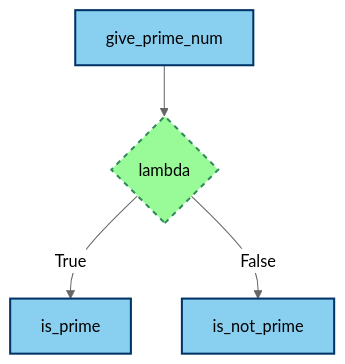
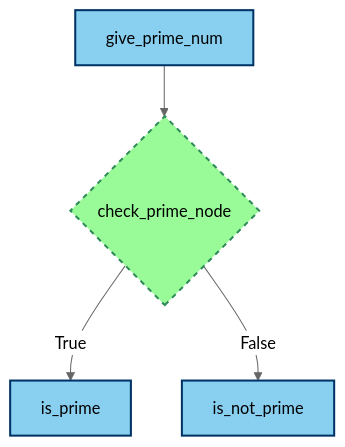
One commit to lf-data/streamgraph changed the second of 3 diagrams in README.md. Above: the diagram before and after it, drawn with Mermaid (neutral theme). The commit also changed other lines of this file and 2 other files, not shown here.

Commit message:
added decorator for if and loop node, fixed readme file #7

````diff
--- a/README.md
+++ b/README.md
@@ -90,14 +93,14 @@
 ```mermaid
 flowchart TB;
 give_prime_num12[give_prime_num]:::rectangle;
-lambda13{lambda}:::diamond;
-lambda13 -- True --> is_prime14;
-lambda13 -- False --> is_not_prime15;
+check_prime_node13{check_prime_node}:::diamond;
+check_prime_node13 -- True --> is_prime14;
+check_prime_node13 -- False --> is_not_prime15;
 is_prime14[is_prime]:::rectangle;
 is_not_prime15[is_not_prime]:::rectangle;
-give_prime_num12 --> lambda13;
+give_prime_num12 --> check_prime_node13;
 
 classDef rectangle fill:#89CFF0,stroke:#003366,stroke-width:2px;
 classDef diamond fill:#98FB98,stroke:#2E8B57,stroke-width:2px,stroke-dasharray: 5;
 classDef diamond_loop fill:#DDA0DD,stroke:#8A2BE2,stroke-width:2px,stroke-dasharray: 5;
 ```
````
